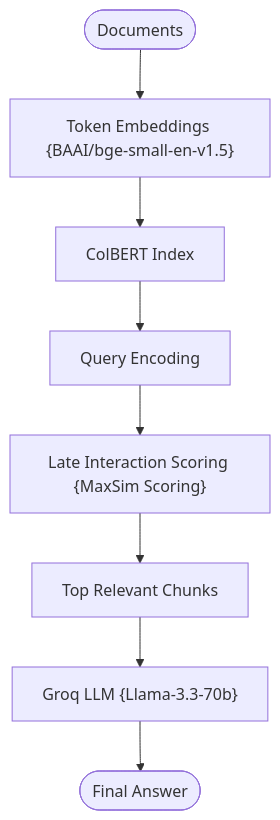
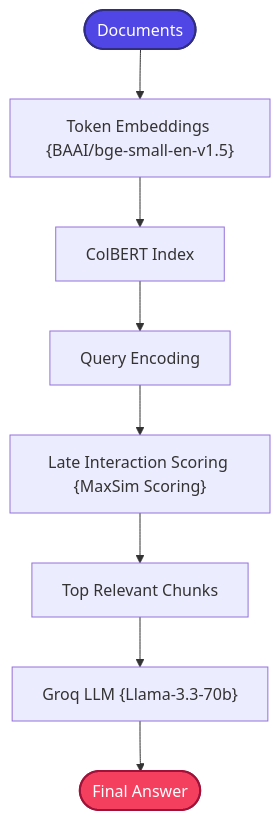
One commit to mohd-faizy/RAG-Design-Patterns changed the diagram in 08_ColBERT_RAG/README.md. Above: the diagram before and after it, drawn with Mermaid. The commit also changed 18 other files, not shown here.

````diff
--- a/08_ColBERT_RAG/README.md
+++ b/08_ColBERT_RAG/README.md
@@ -32,10 +32,13 @@
 ```mermaid
 graph TD
     Docs([Documents]) --> TokenEmbed["Token Embeddings {BAAI/bge-small-en-v1.5}"]
     TokenEmbed --> ColBERTIndex["ColBERT Index"]
     ColBERTIndex --> QueryEncoding["Query Encoding"]
     QueryEncoding --> LateInteraction["Late Interaction Scoring {MaxSim Scoring}"]
     LateInteraction --> TopChunks["Top Relevant Chunks"]
     TopChunks --> Groq["Groq LLM {Llama-3.3-70b}"]
     Groq --> Final([Final Answer])
+
+    style Docs fill:#4F46E5,stroke:#312E81,stroke-width:2px,color:#fff
+    style Final fill:#F43F5E,stroke:#9F1239,stroke-width:2px,color:#fff
 ```
````
